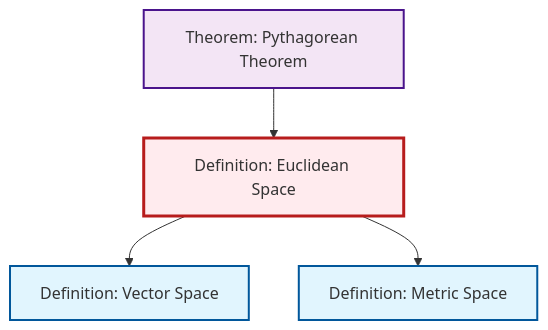
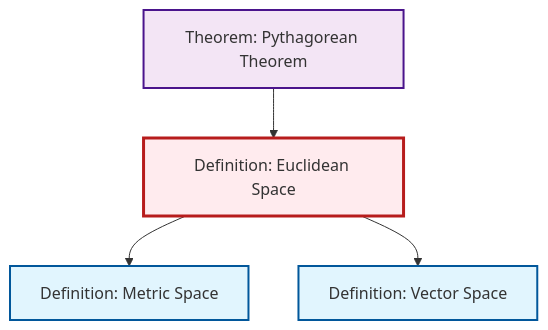
The second of 2 diagrams in content/ja/geometry/def-euclidean-space.qmd (RK0429/ModernMath), drawn with Mermaid before and after one commit. The commit also changed other lines of this file and 10 other files, not shown here.

First line of the commit message:
feat: Add Normed Vector Space definition with comprehensive cross-references

````diff
--- a/content/ja/geometry/def-euclidean-space.qmd
+++ b/content/ja/geometry/def-euclidean-space.qmd
@@ -68,20 +69,20 @@
 ```{mermaid}
 %%| fig-cap: "Local dependency graph"
 graph TD
     classDef definition fill:#e1f5fe,stroke:#01579b,stroke-width:2px
     classDef theorem fill:#f3e5f5,stroke:#4a148c,stroke-width:2px
     classDef axiom fill:#fff3e0,stroke:#e65100,stroke-width:2px
     classDef example fill:#e8f5e9,stroke:#1b5e20,stroke-width:2px
     classDef current fill:#ffebee,stroke:#b71c1c,stroke-width:3px
+    def-vector-space["Definition: Vector Space"]:::definition
+    thm-pythagorean["Theorem: Pythagorean Theorem"]:::theorem
+    def-metric-space["Definition: Metric Space"]:::definition
     def-euclidean-space["Definition: Euclidean Space"]:::definition
-    def-vector-space["Definition: Vector Space"]:::definition
-    def-metric-space["Definition: Metric Space"]:::definition
-    thm-pythagorean["Theorem: Pythagorean Theorem"]:::theorem
+    def-euclidean-space --> def-metric-space
+    def-euclidean-space --> def-vector-space
     thm-pythagorean --> def-euclidean-space
-    def-euclidean-space --> def-vector-space
-    def-euclidean-space --> def-metric-space
     class def-euclidean-space current
     click def-vector-space "def-vector-space.html" "Definition: Vector Spaceへ"
+    click thm-pythagorean "thm-pythagorean.html" "Theorem: Pythagorean Theoremへ"
     click def-metric-space "def-metric-space.html" "Definition: Metric Spaceへ"
-    click thm-pythagorean "thm-pythagorean.html" "Theorem: Pythagorean Theoremへ"
 ```
````
